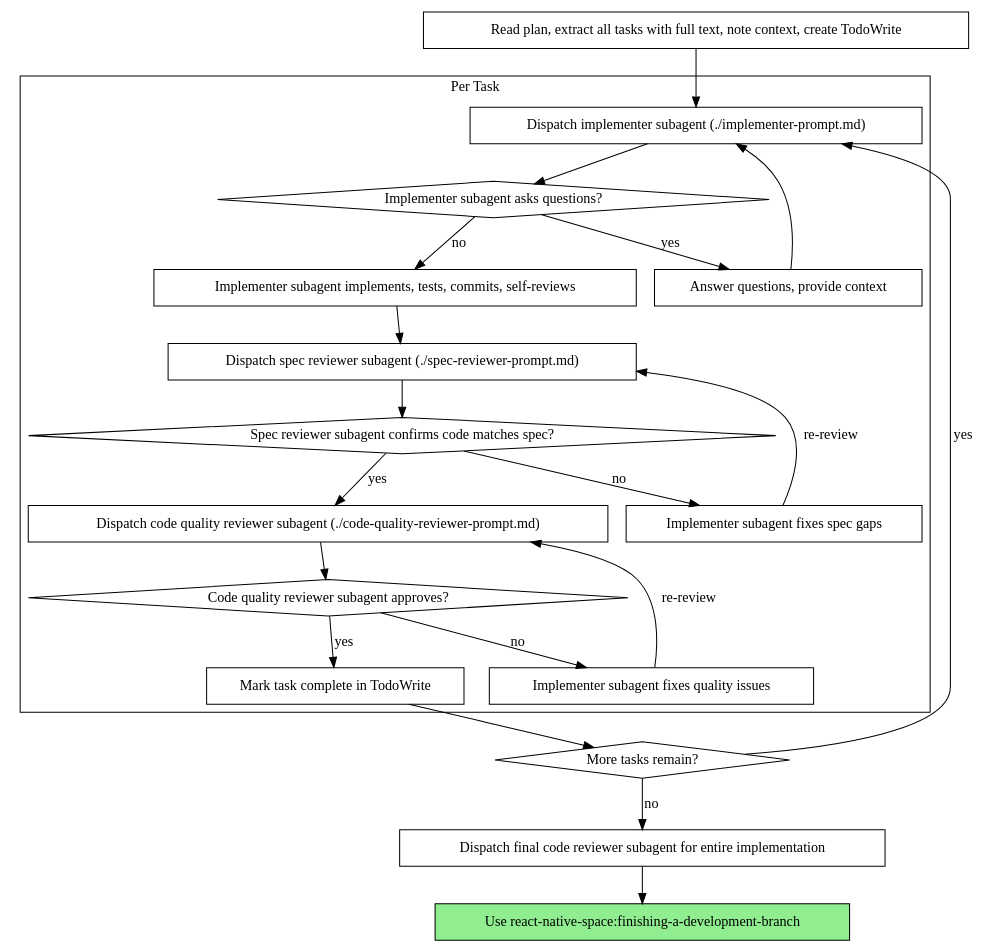
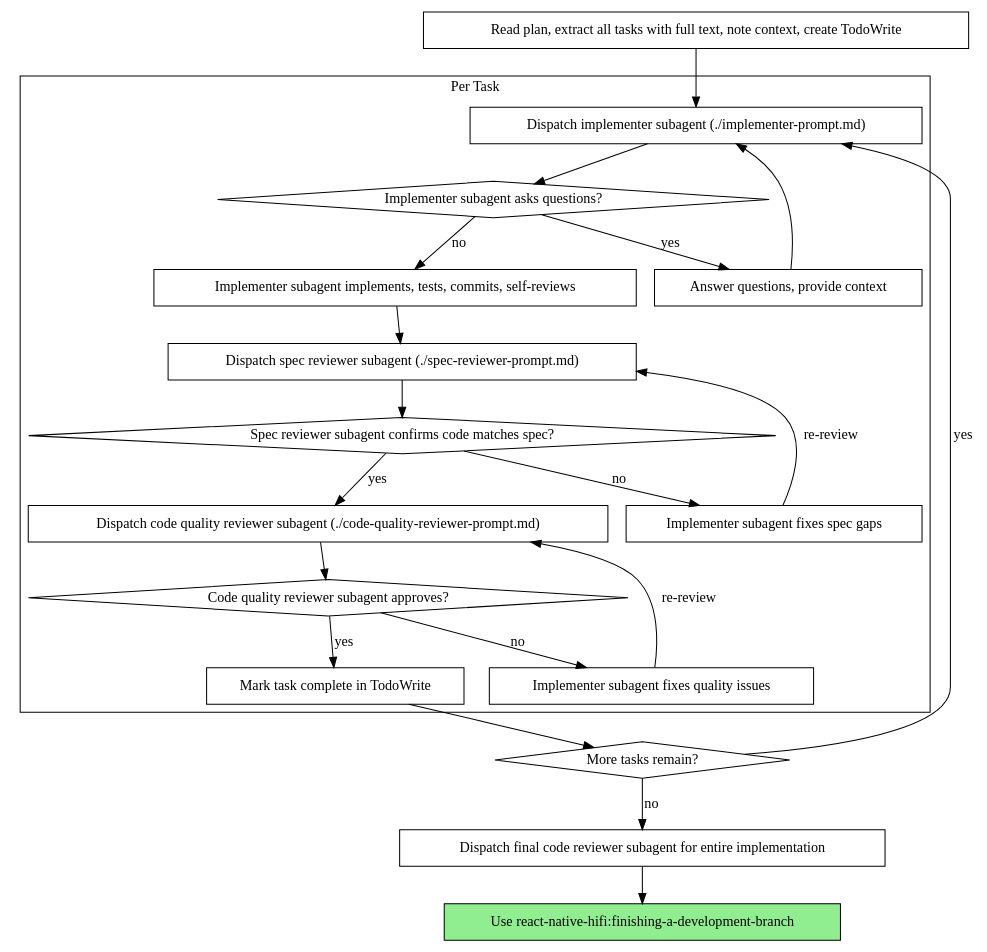
The second of 2 diagrams in skills/subagent-driven-development/SKILL.md (bidah/react-native-hifi), drawn with Graphviz before and after one commit. The commit also changed other lines of this file and 91 other files, not shown here.

First line of the commit message:
Rename to React Native HiFi and merge upstream superpowers improvements

````diff
--- a/skills/subagent-driven-development/SKILL.md
+++ b/skills/subagent-driven-development/SKILL.md
@@ -42,44 +42,44 @@
 ```dot
 digraph process {
     rankdir=TB;
 
     subgraph cluster_per_task {
         label="Per Task";
         "Dispatch implementer subagent (./implementer-prompt.md)" [shape=box];
         "Implementer subagent asks questions?" [shape=diamond];
         "Answer questions, provide context" [shape=box];
         "Implementer subagent implements, tests, commits, self-reviews" [shape=box];
         "Dispatch spec reviewer subagent (./spec-reviewer-prompt.md)" [shape=box];
         "Spec reviewer subagent confirms code matches spec?" [shape=diamond];
         "Implementer subagent fixes spec gaps" [shape=box];
         "Dispatch code quality reviewer subagent (./code-quality-reviewer-prompt.md)" [shape=box];
         "Code quality reviewer subagent approves?" [shape=diamond];
         "Implementer subagent fixes quality issues" [shape=box];
         "Mark task complete in TodoWrite" [shape=box];
     }
 
     "Read plan, extract all tasks with full text, note context, create TodoWrite" [shape=box];
     "More tasks remain?" [shape=diamond];
     "Dispatch final code reviewer subagent for entire implementation" [shape=box];
-    "Use react-native-space:finishing-a-development-branch" [shape=box style=filled fillcolor=lightgreen];
+    "Use react-native-hifi:finishing-a-development-branch" [shape=box style=filled fillcolor=lightgreen];
 
     "Read plan, extract all tasks with full text, note context, create TodoWrite" -> "Dispatch implementer subagent (./implementer-prompt.md)";
     "Dispatch implementer subagent (./implementer-prompt.md)" -> "Implementer subagent asks questions?";
     "Implementer subagent asks questions?" -> "Answer questions, provide context" [label="yes"];
     "Answer questions, provide context" -> "Dispatch implementer subagent (./implementer-prompt.md)";
     "Implementer subagent asks questions?" -> "Implementer subagent implements, tests, commits, self-reviews" [label="no"];
     "Implementer subagent implements, tests, commits, self-reviews" -> "Dispatch spec reviewer subagent (./spec-reviewer-prompt.md)";
     "Dispatch spec reviewer subagent (./spec-reviewer-prompt.md)" -> "Spec reviewer subagent confirms code matches spec?";
     "Spec reviewer subagent confirms code matches spec?" -> "Implementer subagent fixes spec gaps" [label="no"];
     "Implementer subagent fixes spec gaps" -> "Dispatch spec reviewer subagent (./spec-reviewer-prompt.md)" [label="re-review"];
     "Spec reviewer subagent confirms code matches spec?" -> "Dispatch code quality reviewer subagent (./code-quality-reviewer-prompt.md)" [label="yes"];
     "Dispatch code quality reviewer subagent (./code-quality-reviewer-prompt.md)" -> "Code quality reviewer subagent approves?";
     "Code quality reviewer subagent approves?" -> "Implementer subagent fixes quality issues" [label="no"];
     "Implementer subagent fixes quality issues" -> "Dispatch code quality reviewer subagent (./code-quality-reviewer-prompt.md)" [label="re-review"];
     "Code quality reviewer subagent approves?" -> "Mark task complete in TodoWrite" [label="yes"];
     "Mark task complete in TodoWrite" -> "More tasks remain?";
     "More tasks remain?" -> "Dispatch implementer subagent (./implementer-prompt.md)" [label="yes"];
     "More tasks remain?" -> "Dispatch final code reviewer subagent for entire implementation" [label="no"];
-    "Dispatch final code reviewer subagent for entire implementation" -> "Use react-native-space:finishing-a-development-branch";
+    "Dispatch final code reviewer subagent for entire implementation" -> "Use react-native-hifi:finishing-a-development-branch";
 }
 ```
````
